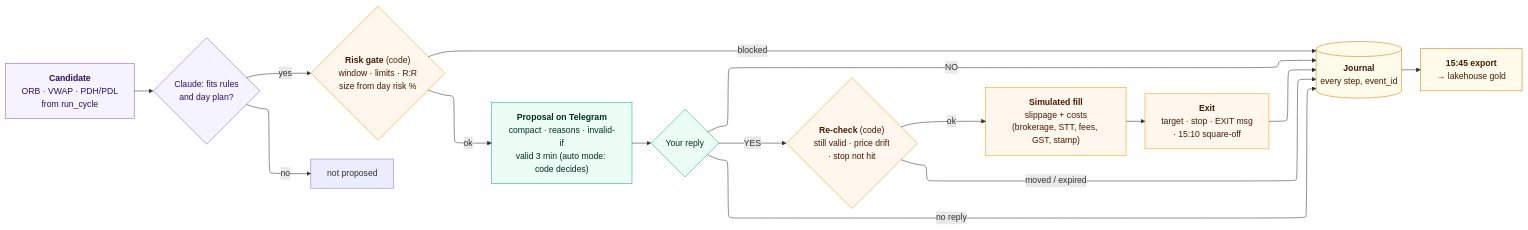
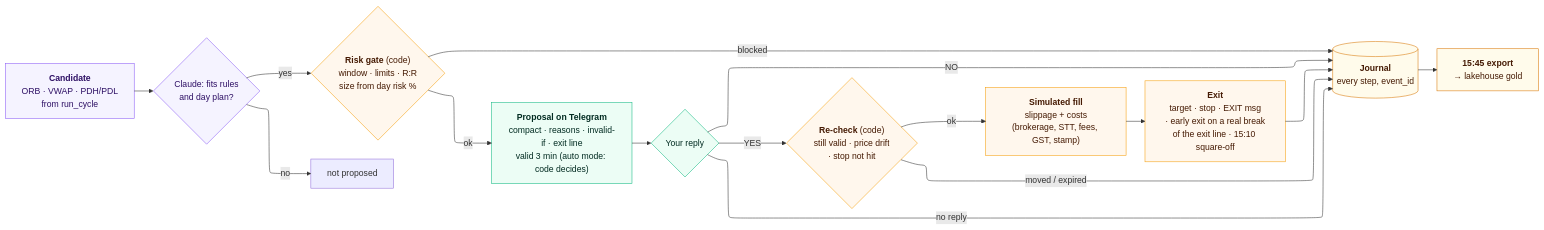
Before and after one commit to bumblebee26/paper-trader: the diagram in docs/diagrams/03_trade_lifecycle.mmd, drawn with Mermaid. The commit also changed 14 other files, not shown here.

First line of the commit message:
Docs: early exits on a real break, India VIX from NSE, new paper tests and the selector (#78)

```diff
--- a/docs/diagrams/03_trade_lifecycle.mmd
+++ b/docs/diagrams/03_trade_lifecycle.mmd
@@ -1,36 +1,36 @@
 ---
 config:
   layout: elk
 ---
 flowchart LR
     C["<b>Candidate</b><br/>ORB · VWAP · PDH/PDL<br/>from run_cycle"]
     J{"Claude: fits rules<br/>and day plan?"}
     G{"<b>Risk gate</b> (code)<br/>window · limits · R:R<br/>size from day risk %"}
-    P["<b>Proposal on Telegram</b><br/>compact · reasons · invalid-if<br/>valid 3 min (auto mode: code decides)"]
+    P["<b>Proposal on Telegram</b><br/>compact · reasons · invalid-if · exit line<br/>valid 3 min (auto mode: code decides)"]
     D{"Your reply"}
     R{"<b>Re-check</b> (code)<br/>still valid · price drift<br/>· stop not hit"}
     F["<b>Simulated fill</b><br/>slippage + costs<br/>(brokerage, STT, fees, GST, stamp)"]
-    X["<b>Exit</b><br/>target · stop · EXIT msg<br/>· 15:10 square-off"]
+    X["<b>Exit</b><br/>target · stop · EXIT msg<br/>· early exit on a real break<br/>of the exit line · 15:10 square-off"]
     JN[("<b>Journal</b><br/>every step, event_id")]
     E["<b>15:45 export</b><br/>→ lakehouse gold"]
 
     C --> J
     J -- "no" --> SKIP1["not proposed"]
     J -- "yes" --> G
     G -- "blocked" --> JN
     G -- "ok" --> P --> D
     D -- "NO" --> JN
     D -- "no reply" --> JN
     D -- "YES" --> R
     R -- "moved / expired" --> JN
     R -- "ok" --> F --> X --> JN
     JN --> E
 
     classDef code fill:#fff7ed,stroke:#f59e0b,color:#451a03
     classDef you fill:#ecfdf5,stroke:#10b981,color:#022c22
     classDef claude fill:#f5f3ff,stroke:#8b5cf6,color:#2e1065
     classDef store fill:#fffbeb,stroke:#d97706,color:#451a03
     class G,R,F,X code
     class P,D you
     class C,J claude
     class JN,E store
```
